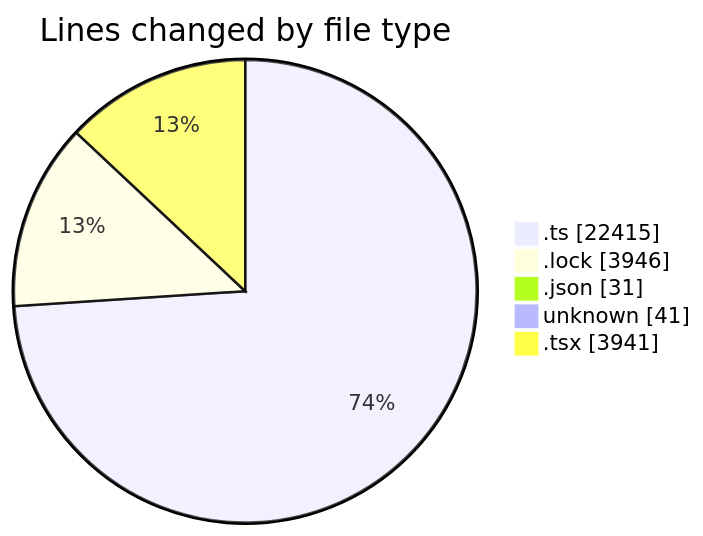
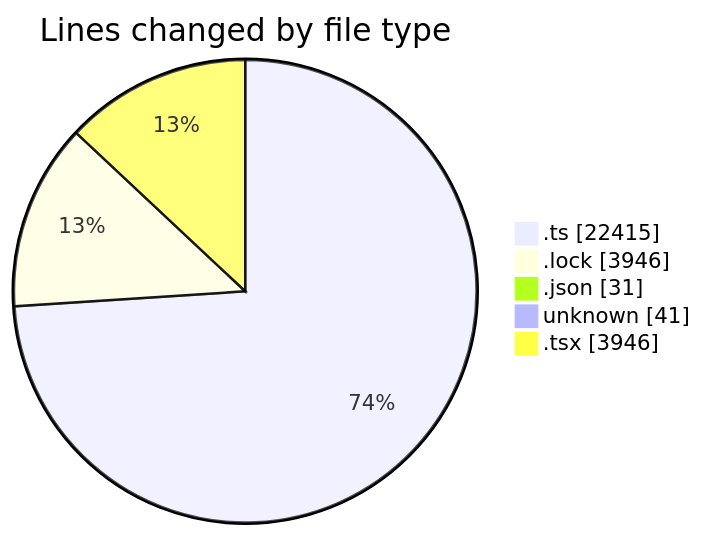
One commit to momahboobian/code-tracking changed the first of 2 diagrams in 2025-08-19/cda/README.md. Above: the diagram before and after it, drawn with Mermaid. The commit also changed other lines of this file and 1 other file, not shown here.

````diff
--- a/2025-08-19/cda/README.md
+++ b/2025-08-19/cda/README.md
@@ -48,9 +48,9 @@
 ```mermaid
 pie showData
 title Lines changed by file type
 ".ts" : 22415
 ".lock" : 3946
 ".json" : 31
 "unknown" : 41
-".tsx" : 3941
+".tsx" : 3946
 ```
````
